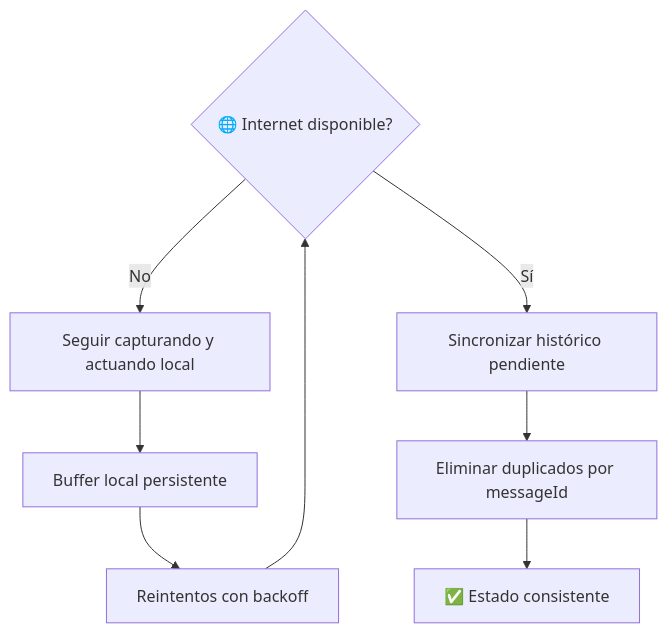
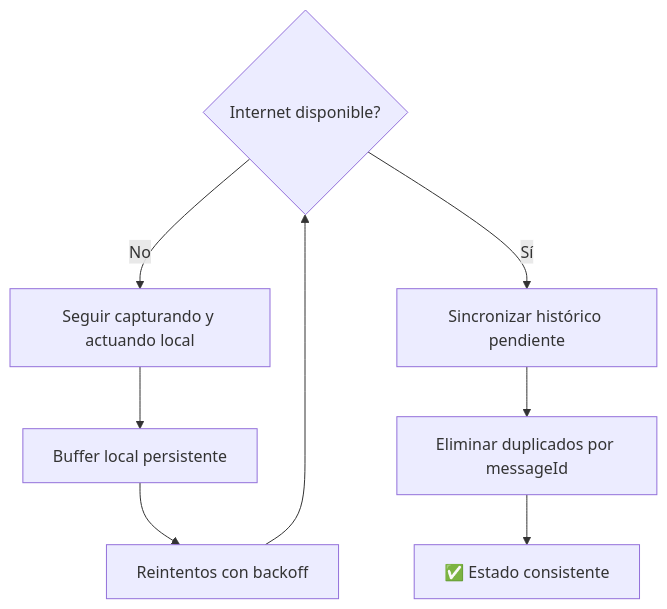
Before and after one commit to RafaLopezZz/glea-nexo: the third of 4 diagrams in README.md, drawn with Mermaid. The commit also changed other lines of this file, not shown here.

````diff
--- a/README.md
+++ b/README.md
@@ -89,10 +89,10 @@
 ```mermaid
 flowchart TD
-  NET{🌐 Internet disponible?} -->|No| OFF[Seguir capturando y actuando local]
+  NET{Internet disponible?} -->|No| OFF[Seguir capturando y actuando local]
   OFF --> BUF[Buffer local persistente]
   BUF --> RET[Reintentos con backoff]
   RET --> NET
   NET -->|Sí| SYNC[Sincronizar histórico pendiente]
   SYNC --> DEDUP[Eliminar duplicados por messageId]
   DEDUP --> OK[✅ Estado consistente]
 ```
````
